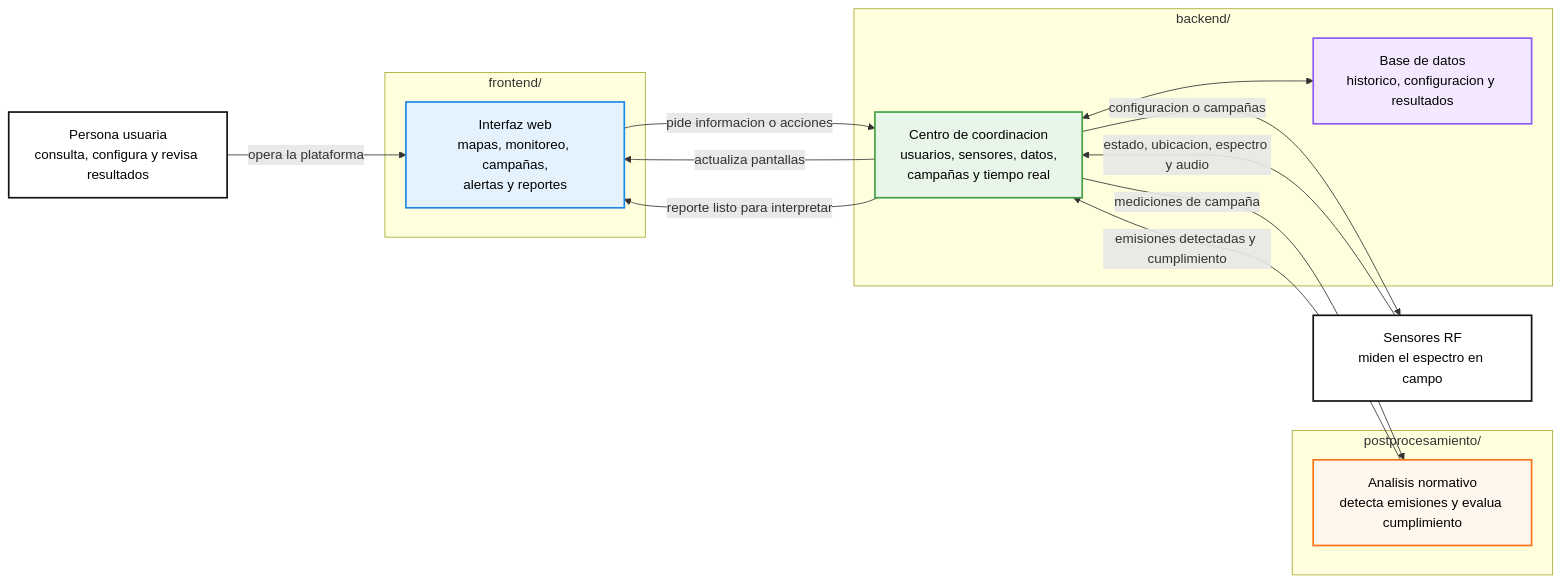
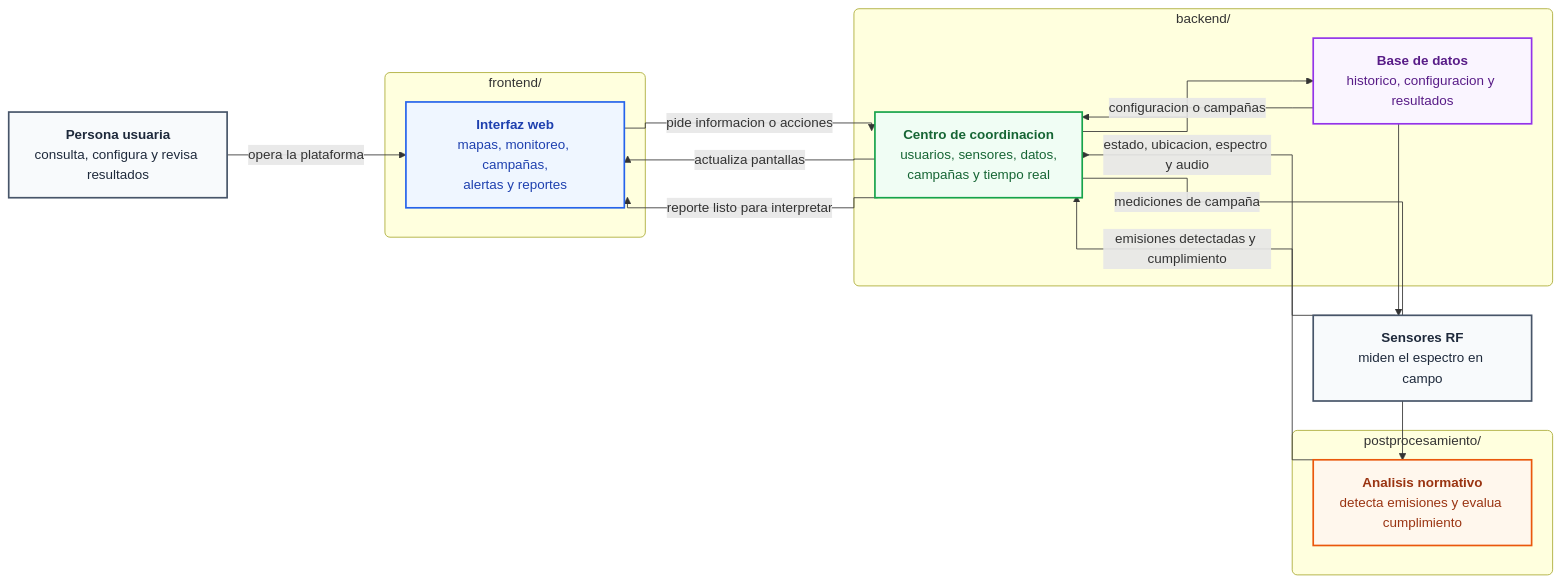
The diagram in README.md (dramirezbe/ANE2-Platform-backup), drawn with Mermaid before and after one commit. The commit also changed 9 other files, not shown here.

Commit message:
feat(README.md):Improve mermaid chart

````diff
--- a/README.md
+++ b/README.md
@@ -9,43 +9,43 @@
 ```mermaid
+%%{init: {'flowchart': {'curve': 'stepAfter'}}}%%
 flowchart LR
-  PERSONA["Persona usuaria<br/>consulta, configura y revisa resultados"]
-  SENSOR["Sensores RF<br/>miden el espectro en campo"]
+    %% Clases de colores
+    classDef orange fill:#fff7ed,stroke:#ea580c,stroke-width:2px,color:#9a3412
+    classDef blue fill:#eff6ff,stroke:#2563eb,stroke-width:2px,color:#1e40af
+    classDef green fill:#f0fdf4,stroke:#16a34a,stroke-width:2px,color:#166534
+    classDef purple fill:#faf5ff,stroke:#9333ea,stroke-width:2px,color:#581c87
+    classDef slate fill:#f8fafc,stroke:#475569,stroke-width:2px,color:#1e293b
 
-  subgraph FRONTEND["frontend/"]
-    UI["Interfaz web<br/>mapas, monitoreo, campañas,<br/>alertas y reportes"]
-  end
+    PERSONA["<b>Persona usuaria</b><br/>consulta, configura y revisa resultados"]:::slate
+    SENSOR["<b>Sensores RF</b><br/>miden el espectro en campo"]:::slate
 
-  subgraph BACKEND["backend/"]
-    COORD["Centro de coordinacion<br/>usuarios, sensores, datos,<br/>campañas y tiempo real"]
-    DATOS["Base de datos<br/>historico, configuracion y resultados"]
-  end
+    subgraph FRONTEND[" frontend/ "]
+        UI["<b>Interfaz web</b><br/>mapas, monitoreo, campañas,<br/>alertas y reportes"]:::blue
+    end
 
-  subgraph ANALISIS["postprocesamiento/"]
-    PY["Analisis normativo<br/>detecta emisiones y evalua cumplimiento"]
-  end
+    subgraph BACKEND[" backend/ "]
+        COORD["<b>Centro de coordinacion</b><br/>usuarios, sensores, datos,<br/>campañas y tiempo real"]:::green
+        DATOS["<b>Base de datos</b><br/>historico, configuracion y resultados"]:::purple
+    end
 
-  PERSONA -->|opera la plataforma| UI
-  UI -->|pide informacion o acciones| COORD
-  COORD -->|actualiza pantallas| UI
+    subgraph ANALISIS[" postprocesamiento/ "]
+        PY["<b>Analisis normativo</b><br/>detecta emisiones y evalua cumplimiento"]:::orange
+    end
 
-  COORD -->|configuracion o campañas| SENSOR
-  SENSOR -->|estado, ubicacion, espectro y audio| COORD
+    PERSONA -->|opera la plataforma| UI
+    UI -->|pide informacion o acciones| COORD
+    COORD -->|actualiza pantallas| UI
 
-  COORD <--> DATOS
+    COORD -->|configuracion o campañas| SENSOR
+    SENSOR -->|estado, ubicacion, espectro y audio| COORD
 
-  COORD -->|mediciones de campaña| PY
-  PY -->|emisiones detectadas y cumplimiento| COORD
-  COORD -->|reporte listo para interpretar| UI
+    COORD <--> DATOS
 
-  classDef actor fill:#fff,stroke:#111,stroke-width:2px,color:#000;
-  classDef frontend fill:#e3f2fd,stroke:#1e88e5,stroke-width:2px,color:#000;
-  classDef backend fill:#e8f5e9,stroke:#43a047,stroke-width:2px,color:#000;
-  classDef python fill:#fff7ed,stroke:#f97316,stroke-width:2px,color:#000;
-  classDef data fill:#f3e8ff,stroke:#8b5cf6,stroke-width:2px,color:#000;
+    COORD -->|mediciones de campaña| PY
+    PY -->|emisiones detectadas y cumplimiento| COORD
+    COORD -->|reporte listo para interpretar| UI
 
-  class PERSONA,SENSOR actor;
-  class UI frontend;
-  class COORD backend;
-  class DATOS data;
-  class PY python;
+    style FRONTEND rx:6,ry:6
+    style BACKEND rx:6,ry:6
+    style ANALISIS rx:6,ry:6
 ```
````
